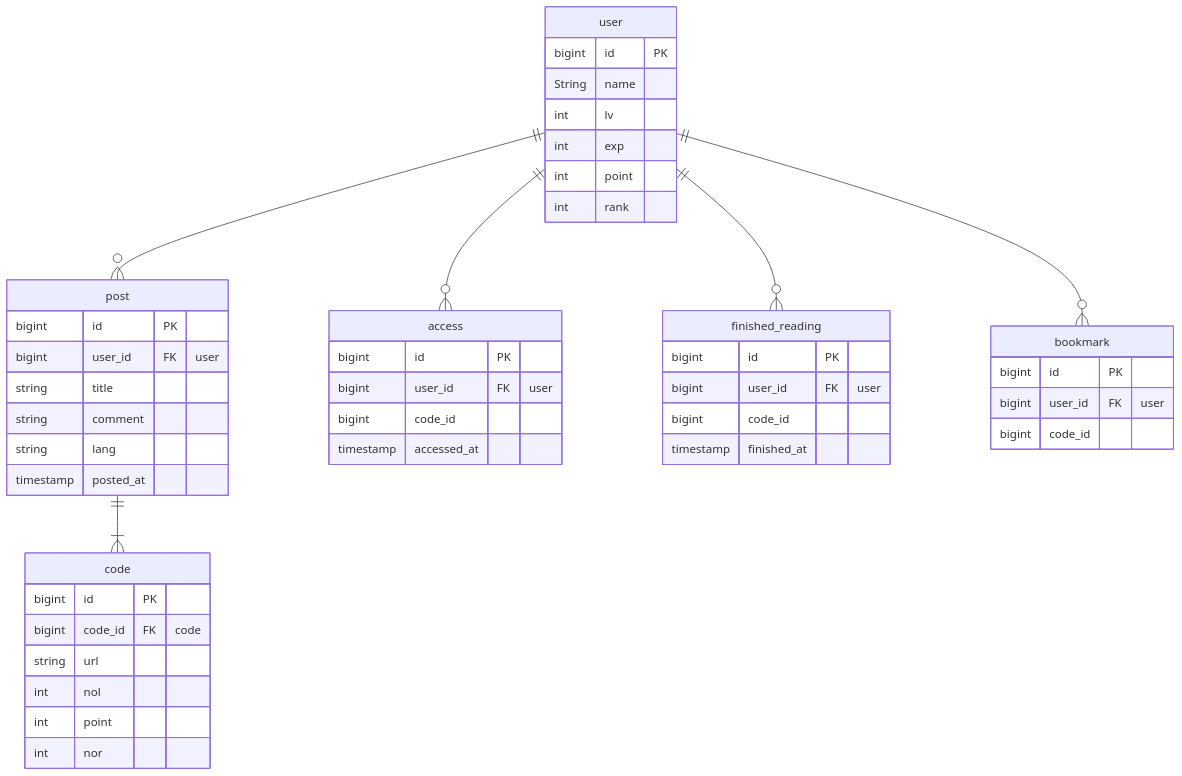
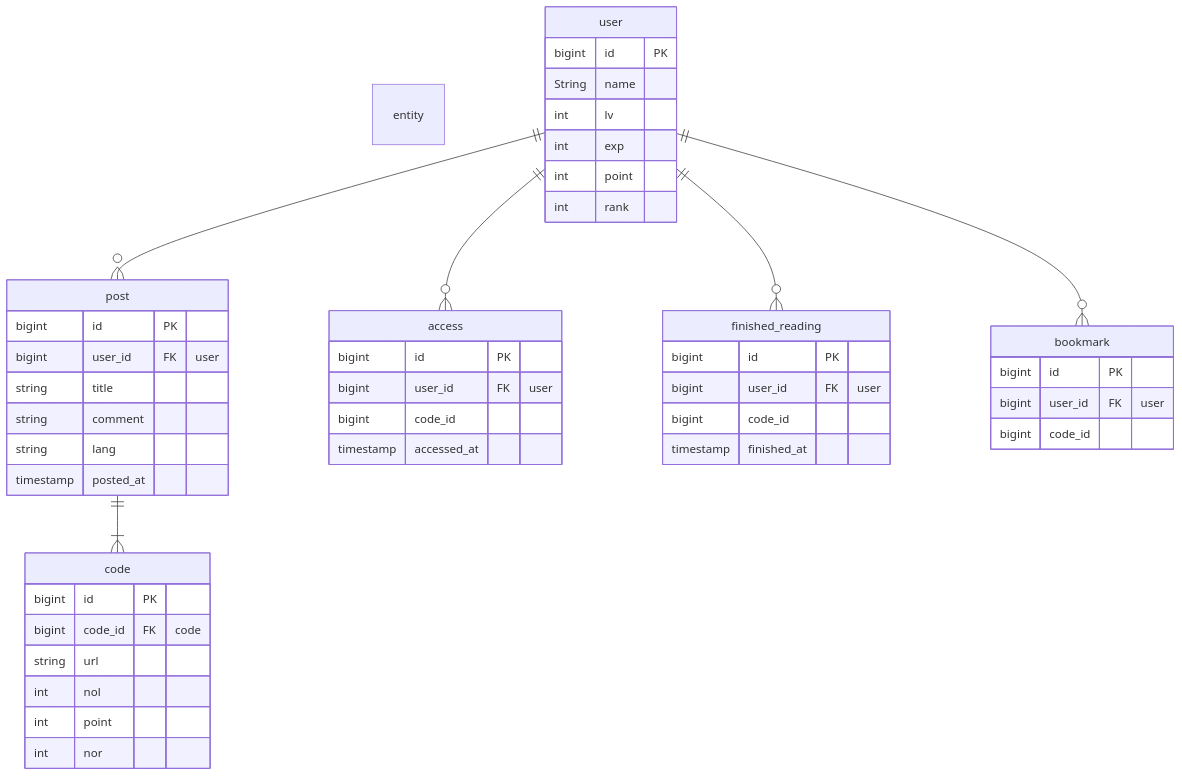
The diagram in chart/ER.md (KimuraRyunosuke/CodeLeader), drawn with Mermaid before and after one commit.

Commit message:
githubでプレビューが見えるように修正した

````diff
--- a/chart/ER.md
+++ b/chart/ER.md
@@ -1,55 +1,55 @@
 ```mermaid　
 erDiagram
-    user {
+    entity user {
         bigint id PK
         String name
         int lv
         int exp
         int point
         int rank
     }
 
-    post {
+    entity post {
         bigint id PK
         bigint user_id FK "user"
         string title
         string comment
         string lang
         timestamp posted_at
     }
 
-    code {
+    entity code {
         bigint id PK
         bigint code_id FK "code"
         string url
         int nol
         int point
         int nor
     }
 
-    access {
+    entity access {
         bigint id PK
         bigint user_id FK "user"
         bigint code_id
         timestamp accessed_at
     }
 
-    finished_reading {
+    entity finished_reading {
         bigint id PK
         bigint user_id FK "user"
         bigint code_id
         timestamp finished_at
     }
 
-    bookmark {
+    entity bookmark {
         bigint id PK
         bigint user_id FK "user"
         bigint code_id
     }
 
     user ||--o{ post : ""
     user ||--o{ access : ""
     user ||--o{ finished_reading : ""
     user ||--o{ bookmark : ""
     post ||--|{ code : ""
 ```
````
